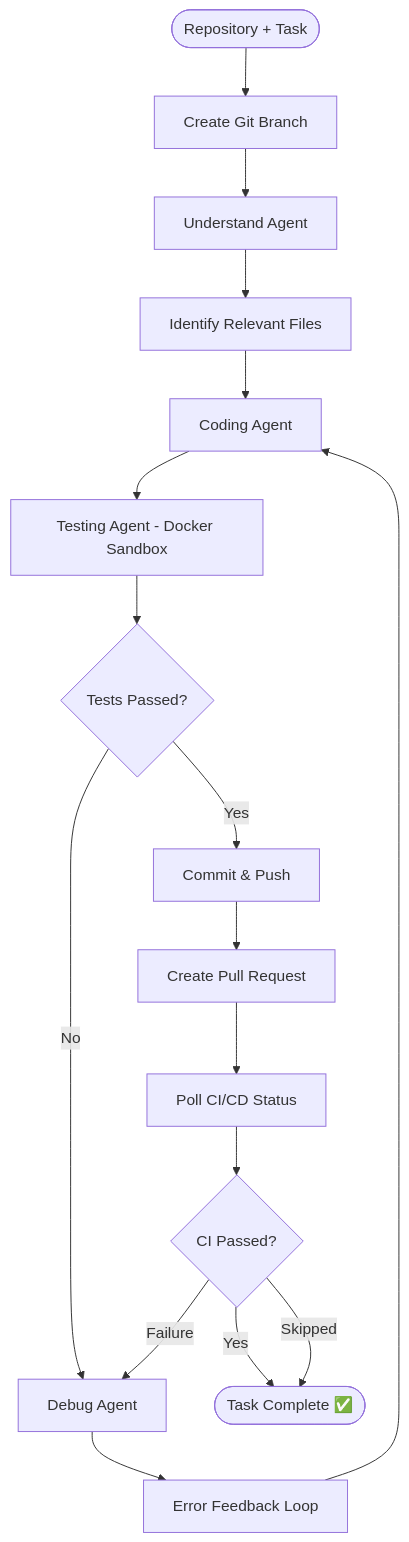
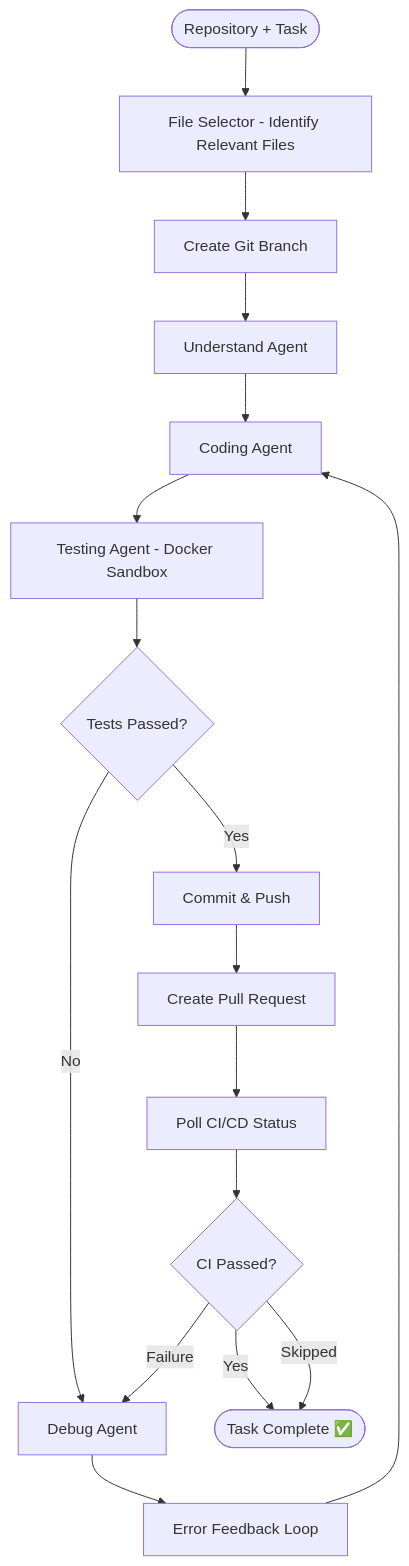
The diagram in README.md (astroophilliiiiiiiii/Autonomous-swe-agent), drawn with Mermaid before and after one commit. The commit also changed other lines of this file and 8 other files, not shown here.

````diff
--- a/README.md
+++ b/README.md
@@ -11,19 +11,19 @@
 ```mermaid
 flowchart TD
-    A([Repository + Task]) --> B[Create Git Branch]
+    A([Repository + Task]) --> D[File Selector - Identify Relevant Files]
+    D --> B[Create Git Branch]
     B --> C[Understand Agent]
-    C --> D[Identify Relevant Files]
-    D --> E[Coding Agent]
+    C --> E[Coding Agent]
     E --> F[Testing Agent - Docker Sandbox]
     F --> G{Tests Passed?}
     G -- Yes --> H[Commit & Push]
     G -- No --> I[Debug Agent]
     I --> J[Error Feedback Loop]
     J --> E
     H --> K[Create Pull Request]
     K --> L[Poll CI/CD Status]
     L --> M{CI Passed?}
     M -- Yes --> N([Task Complete ✅])
     M -- Failure --> I
     M -- Skipped --> N
 ```
````
